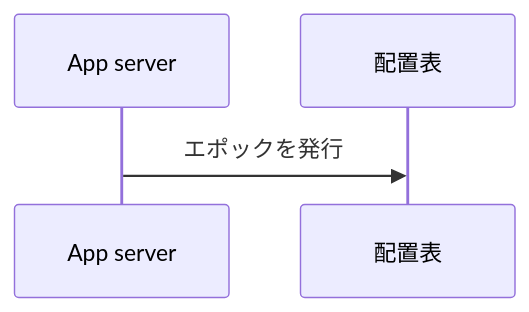
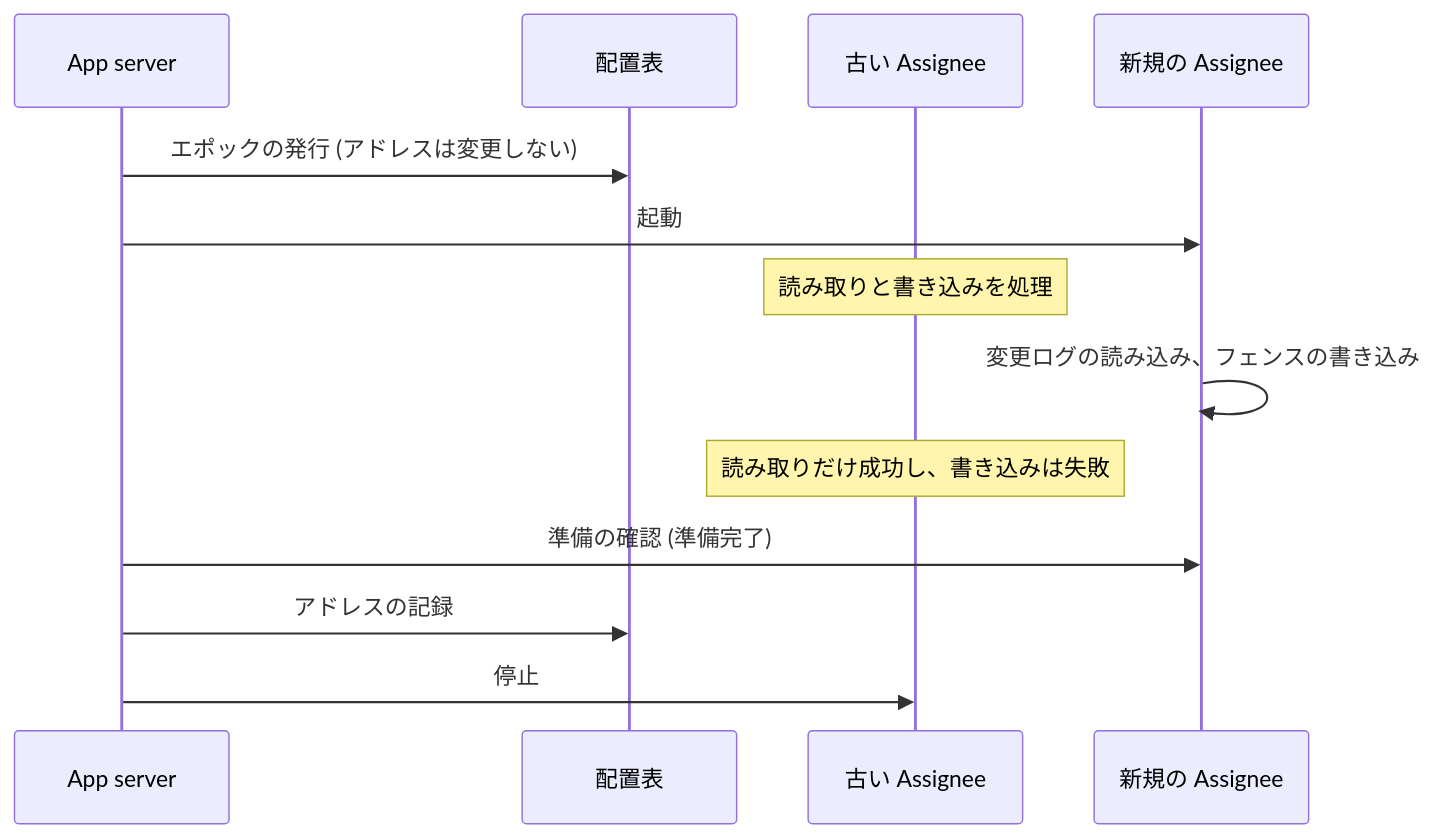
The third of 3 diagrams in .claude/skills/write-adr/render-check.md (kazu-2020/epm), drawn with Mermaid before and after one commit. The commit also changed other lines of this file and 2 other files, not shown here.

````diff
--- a/.claude/skills/write-adr/render-check.md
+++ b/.claude/skills/write-adr/render-check.md
@@ -27,6 +136,15 @@
 ```mermaid
 sequenceDiagram
     participant A as App server
     participant P as 配置表
-    A->>P: エポックを発行
+    participant O as 古い Assignee
+    participant N as 新規の Assignee
+    A->>P: エポックの発行 (アドレスは変更しない)
+    A->>N: 起動
+    Note over O: 読み取りと書き込みを処理
+    N->>N: 変更ログの読み込み、フェンスの書き込み
+    Note over O: 読み取りだけ成功し、書き込みは失敗
+    A->>N: 準備の確認 (準備完了)
+    A->>P: アドレスの記録
+    A->>O: 停止
 ```
````
